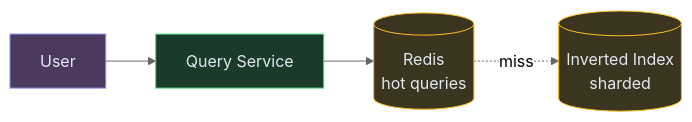
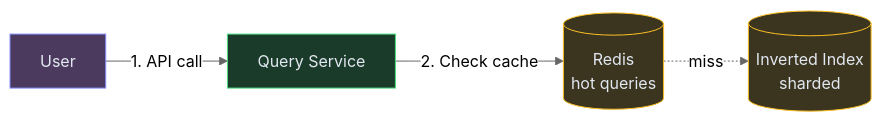
The fourth of 4 diagrams in content/hld/WebCrawler.md (iluzn/HLD-Designs), drawn with Mermaid (neutral theme) before and after one commit. The commit also changed other lines of this file and 27 other files, not shown here.

````diff
--- a/content/hld/WebCrawler.md
+++ b/content/hld/WebCrawler.md
@@ -141,15 +141,15 @@
 ```mermaid
 flowchart LR
     USER["User"]:::client
     QUERY["Query Service"]:::service
     INDEX[("Inverted Index<br/>sharded")]:::data
     CACHE[("Redis<br/>hot queries")]:::data
 
-    USER --> QUERY
-    QUERY --> CACHE
+    USER -->|"1. API call"| QUERY
+    QUERY -->|"2. Check cache"| CACHE
     CACHE -.->|miss| INDEX
 
     classDef client fill:#4c3a5e,stroke:#818cf8,color:#e2e8f0
     classDef service fill:#1a3a2a,stroke:#4ade80,color:#e2e8f0
     classDef data fill:#3b3520,stroke:#fbbf24,color:#e2e8f0
 ```
````
